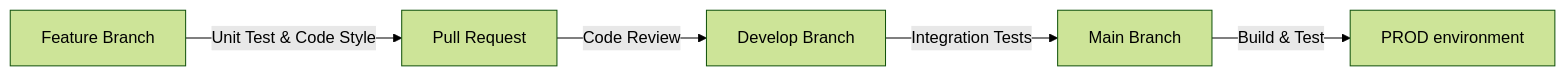
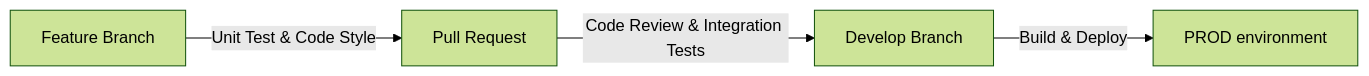
The second of 2 diagrams in specification/design.md (rutaji/loltracker), drawn with Mermaid (forest theme) before and after one commit. The commit also changed other lines of this file and 1 other file, not shown here.

````diff
--- a/specification/design.md
+++ b/specification/design.md
@@ -147,13 +147,11 @@
 ```mermaid
 flowchart LR
     FB[Feature Branch]
     PR[Pull Request]
-    MAIN[Main Branch]
     DEV[Develop Branch]
     PROD[PROD environment]
 
     FB -- Unit Test & Code Style --> PR
-    PR -- Code Review --> DEV
-    DEV -- Integration Tests --> MAIN
-    MAIN -- Build & Test --> PROD
+    PR -- Code Review & Integration Tests --> DEV
+    DEV -- Build & Deploy --> PROD
 ```
````
